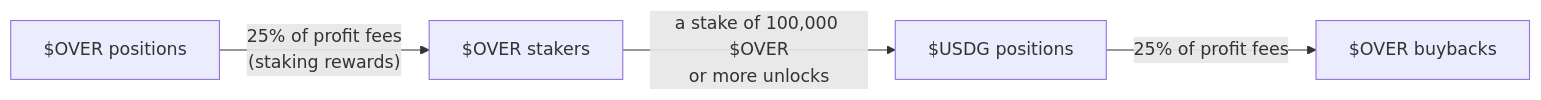
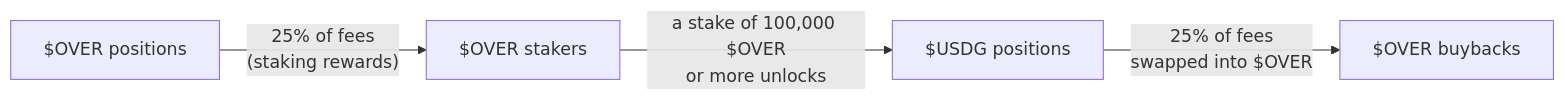
Before and after one commit to overcall/docs: the diagram in docs/11-over-token.md, drawn with Mermaid. The commit also changed other lines of this file and 8 other files, not shown here.

First line of the commit message:
docs(staking): document the stakers' share of fees (ADR-0024)

````diff
--- a/docs/11-over-token.md
+++ b/docs/11-over-token.md
@@ -11,6 +11,6 @@
 ```mermaid
 flowchart LR
-    OP["$OVER positions"] -->|"25% of profit fees<br/>(staking rewards)"| ST["$OVER stakers"]
+    OP["$OVER positions"] -->|"25% of fees<br/>(staking rewards)"| ST["$OVER stakers"]
     ST -->|"a stake of 100,000 $OVER<br/>or more unlocks"| UP["$USDG positions"]
-    UP -->|"25% of profit fees"| BB["$OVER buybacks"]
+    UP -->|"25% of fees<br/>swapped into $OVER"| BB["$OVER buybacks"]
 ```
````
